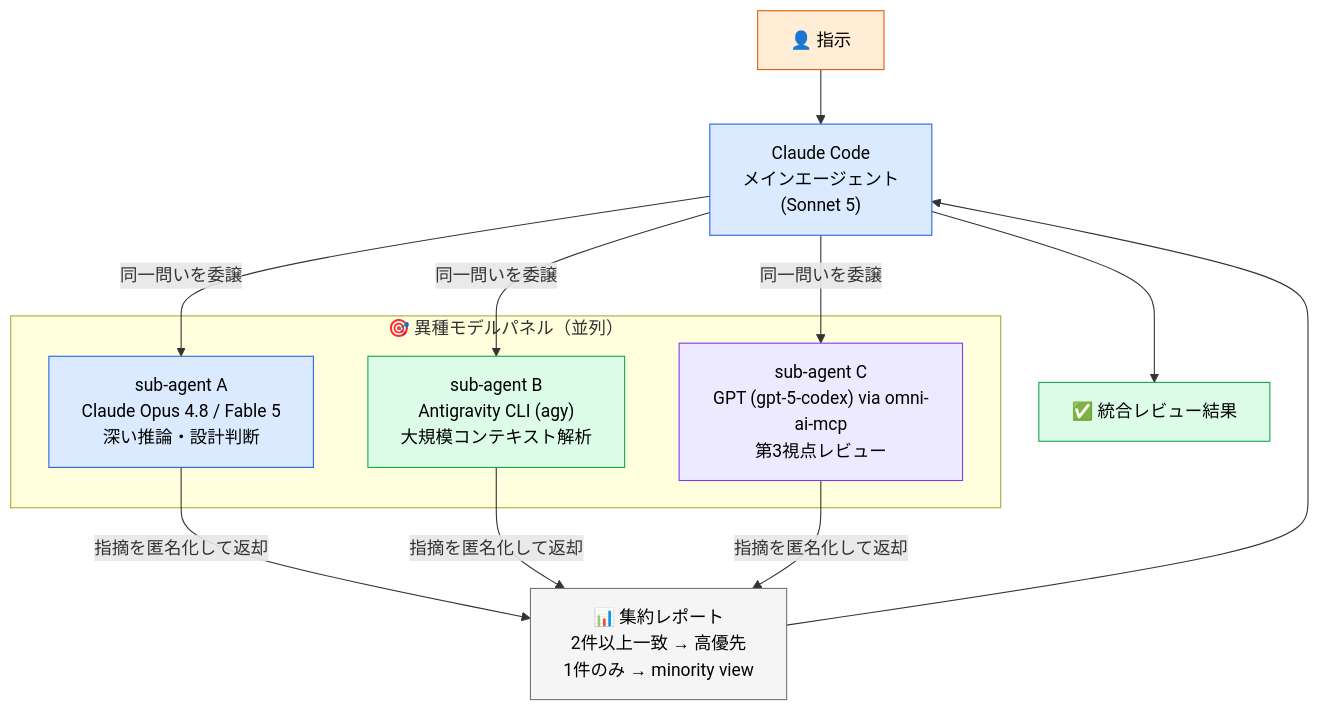
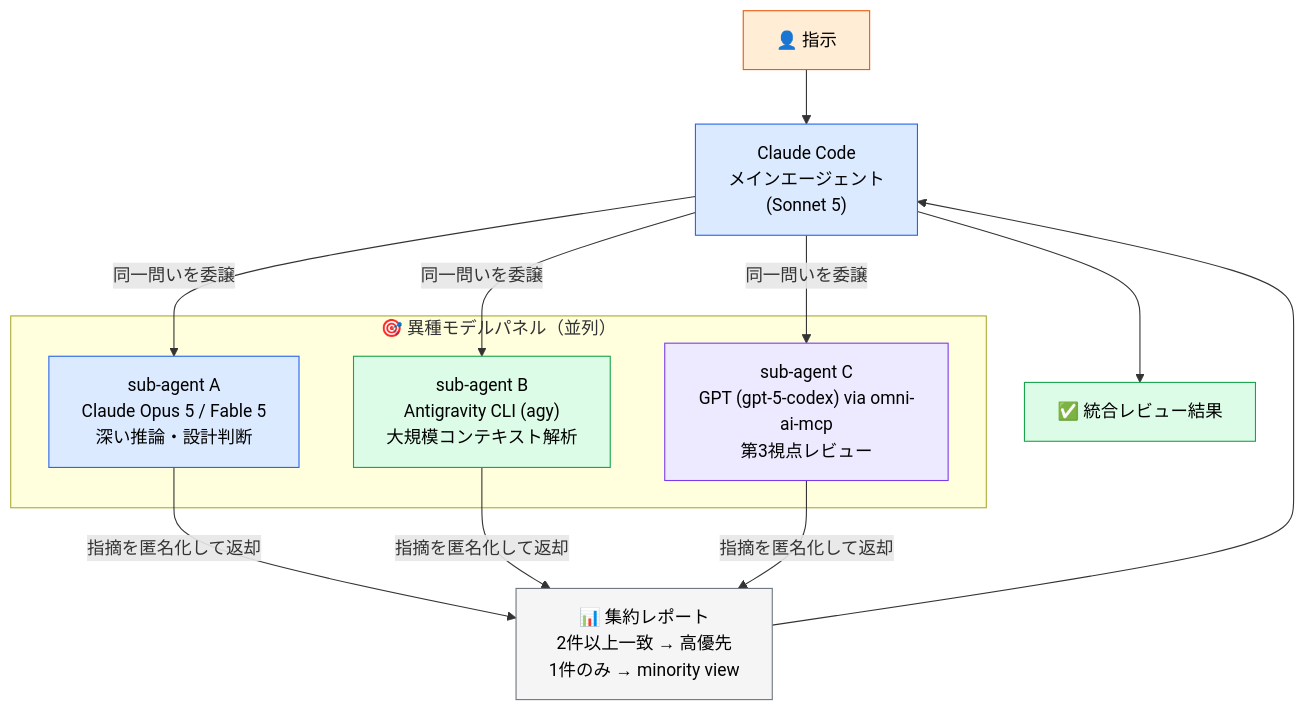
Before and after one commit to takuma39/ai: diagram 12 of 58 in AI駆動開発.md, drawn with Mermaid. The commit also changed other lines of this file and 122 other files, not shown here.

````diff
--- a/AI駆動開発.md
+++ b/AI駆動開発.md
@@ -437,22 +437,22 @@
 ```mermaid
 flowchart TB
     H["👤 指示"] --> CC["Claude Code<br/>メインエージェント<br/>(Sonnet 5)"]
     subgraph Panel["🎯 異種モデルパネル（並列）"]
-        A["sub-agent A<br/>Claude Opus 4.8 / Fable 5<br/>深い推論・設計判断"]
+        A["sub-agent A<br/>Claude Opus 5 / Fable 5<br/>深い推論・設計判断"]
         B["sub-agent B<br/>Antigravity CLI (agy)<br/>大規模コンテキスト解析"]
         C["sub-agent C<br/>GPT (gpt-5-codex) via omni-ai-mcp<br/>第3視点レビュー"]
     end
     CC -->|同一問いを委譲| A
     CC -->|同一問いを委譲| B
     CC -->|同一問いを委譲| C
     A & B & C -->|指摘を匿名化して返却| AGG["📊 集約レポート<br/>2件以上一致 → 高優先<br/>1件のみ → minority view"]
     AGG --> CC --> OUT["✅ 統合レビュー結果"]
 
     style H fill:#ffedd5,stroke:#ea580c,color:#000
     style CC fill:#dbeafe,stroke:#2563eb,color:#000
     style A fill:#dbeafe,stroke:#2563eb,color:#000
     style B fill:#dcfce7,stroke:#16a34a,color:#000
     style C fill:#ede9fe,stroke:#7c3aed,color:#000
     style AGG fill:#f5f5f5,stroke:#6c757d,color:#000
     style OUT fill:#dcfce7,stroke:#16a34a,color:#000
 ```
````
